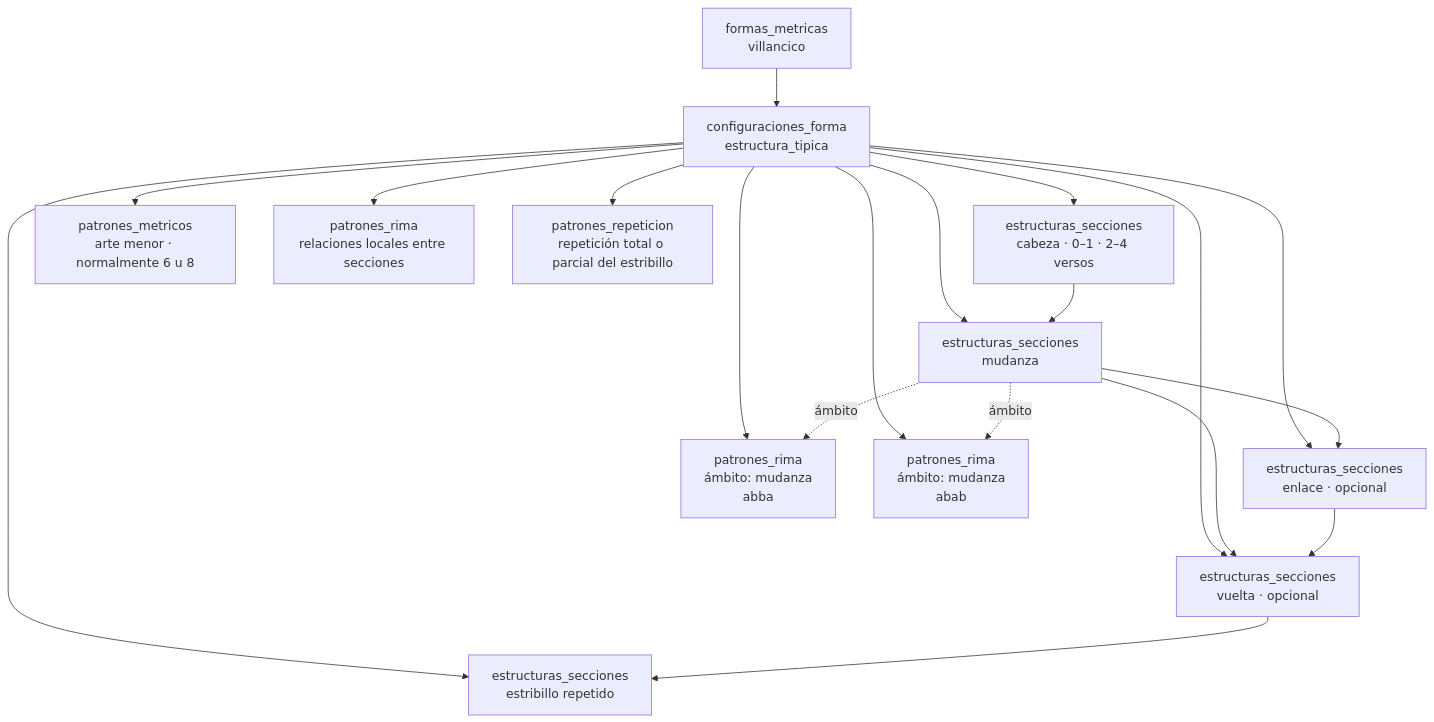
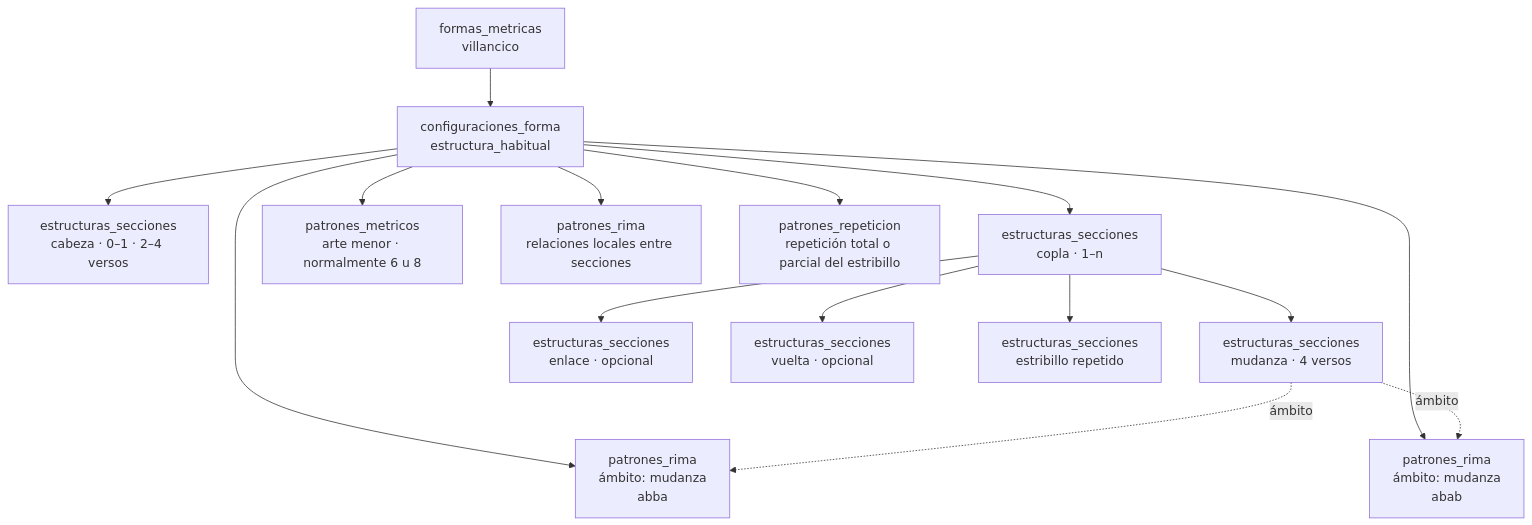
Before and after one commit to metadramaub/metadrama_db: the fourth of 9 diagrams in docs/dominio-metrico/ejemplos-formalizacion-ontologia-metrica.md, drawn with Mermaid. The commit also changed other lines of this file and 8 other files, not shown here.

````diff
--- a/docs/dominio-metrico/ejemplos-formalizacion-ontologia-metrica.md
+++ b/docs/dominio-metrico/ejemplos-formalizacion-ontologia-metrica.md
@@ -277,38 +277,35 @@
 ```mermaid
 flowchart TB
     F["formas_metricas<br/>villancico"]
-    C["configuraciones_forma<br/>estructura_tipica"]
+    C["configuraciones_forma<br/>estructura_habitual"]
 
     H["estructuras_secciones<br/>cabeza · 0–1 · 2–4 versos"]
-    MU["estructuras_secciones<br/>mudanza"]
+    CO["estructuras_secciones<br/>copla · 1–n"]
+    MU["estructuras_secciones<br/>mudanza · 4 versos"]
     EN["estructuras_secciones<br/>enlace · opcional"]
     VU["estructuras_secciones<br/>vuelta · opcional"]
     ES["estructuras_secciones<br/>estribillo repetido"]
 
     PM["patrones_metricos<br/>arte menor · normalmente 6 u 8"]
     PR["patrones_rima<br/>relaciones locales entre secciones"]
     PRE["patrones_repeticion<br/>repetición total o parcial del estribillo"]
 
     PR1["patrones_rima<br/>ámbito: mudanza<br/>abba"]
     PR2["patrones_rima<br/>ámbito: mudanza<br/>abab"]
 
     F --> C
     C --> H
-    C --> MU
-    C --> EN
-    C --> VU
-    C --> ES
+    C --> CO
+    CO --> MU
+    CO --> EN
+    CO --> VU
+    CO --> ES
     C --> PM
     C --> PR
     C --> PRE
     C --> PR1
     C --> PR2
     MU -. ámbito .-> PR1
     MU -. ámbito .-> PR2
 
-    H --> MU
-    MU --> EN
-    MU --> VU
-    EN --> VU
-    VU --> ES
 ```
````
